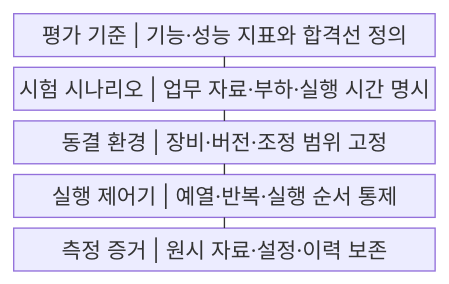
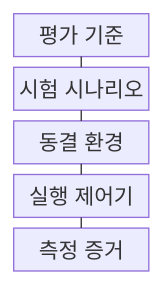
One commit to agnusdei1207/knowledge-base changed the first of 2 diagrams in src/content/docs/notes/03-software/225_benchmark_test.md. Above: the diagram before and after it, drawn with Mermaid. The commit also changed other lines of this file and 238 other files, not shown here.

````diff
--- a/src/content/docs/notes/03-software/225_benchmark_test.md
+++ b/src/content/docs/notes/03-software/225_benchmark_test.md
@@ -52,13 +52,13 @@
 ```mermaid
-block
+block-beta
     columns 1
-    A["평가 기준 | 기능·성능 지표와 합격선 정의"]
-    B["시험 시나리오 | 업무 자료·부하·실행 시간 명시"]
-    C["동결 환경 | 장비·버전·조정 범위 고정"]
-    D["실행 제어기 | 예열·반복·실행 순서 통제"]
-    E["측정 증거 | 원시 자료·설정·이력 보존"]
+    A["평가 기준"]
+    B["시험 시나리오"]
+    C["동결 환경"]
+    D["실행 제어기"]
+    E["측정 증거"]
     A --- B
     B --- C
     C --- D
     D --- E
 ```
````
